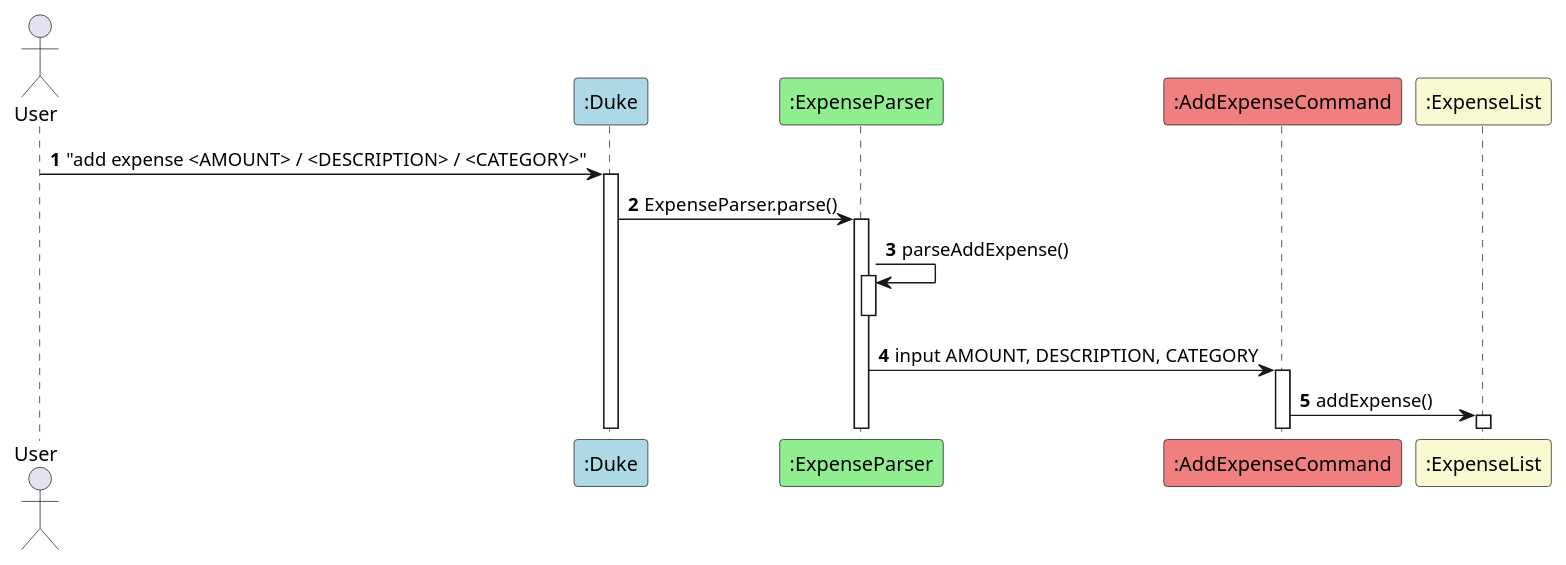
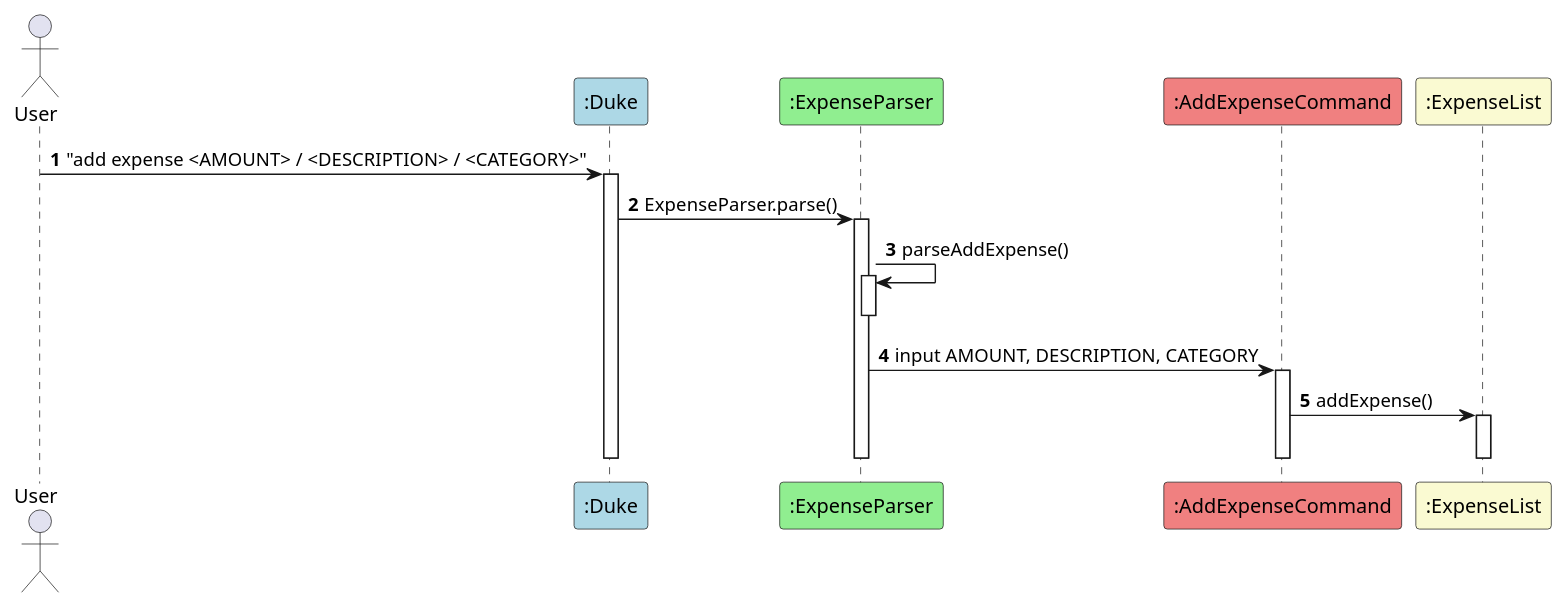
The diagram in docs/puml/AddExpense.puml (xiaojielei/tp), drawn with PlantUML before and after one commit. The commit also changed 3 other files, not shown here.

```diff
--- a/docs/puml/AddExpense.puml
+++ b/docs/puml/AddExpense.puml
@@ -1,32 +1,35 @@
 @startuml
 'https://plantuml.com/sequence-diagram
 actor User
 participant ":Duke" as Duke #LightBlue
 participant ":ExpenseParser" as ExpenseParser #LightGreen
 participant ":AddExpenseCommand" as AddExpenseCommand #LightCoral
 participant ":ExpenseList" as ExpenseList #LightGoldenRodYellow
 autonumber
 
 
 
 User -> Duke: "add expense <AMOUNT> / <DESCRIPTION> / <CATEGORY>"
 activate Duke
 Duke -> ExpenseParser: ExpenseParser.parse()
 activate ExpenseParser
 
 
 
 ExpenseParser -> ExpenseParser: parseAddExpense()
 activate ExpenseParser
 deactivate ExpenseParser
 
 
 ExpenseParser -> AddExpenseCommand:input AMOUNT, DESCRIPTION, CATEGORY
 activate AddExpenseCommand
 
 AddExpenseCommand -> ExpenseList: addExpense()
 activate ExpenseList
-
+deactivate AddExpenseCommand
+deactivate  ExpenseList
+deactivate Duke
+deactivate ExpenseParser
 
 
 @enduml
```
